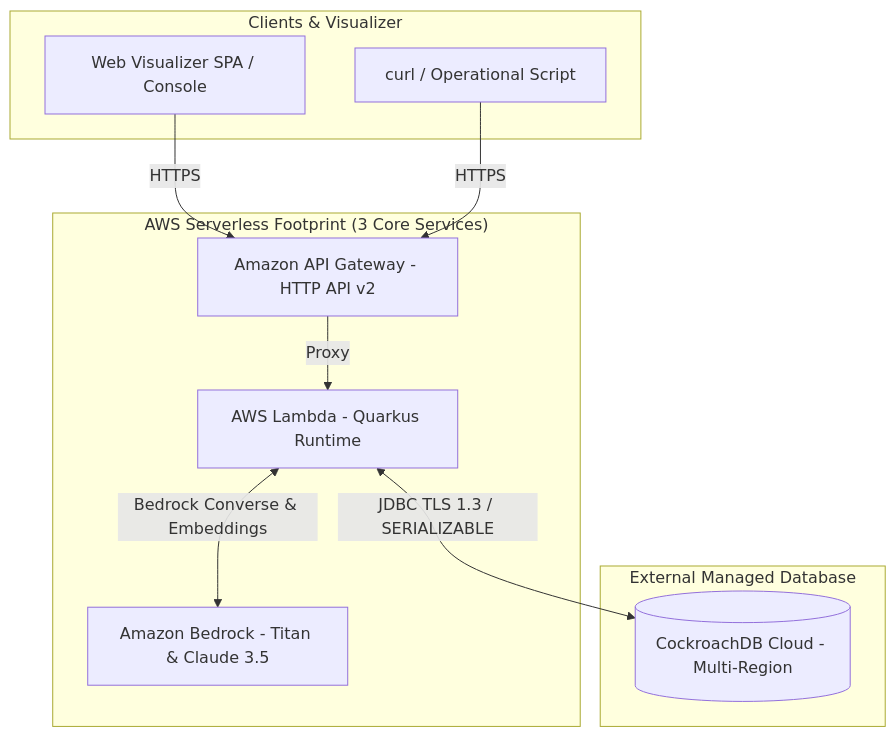
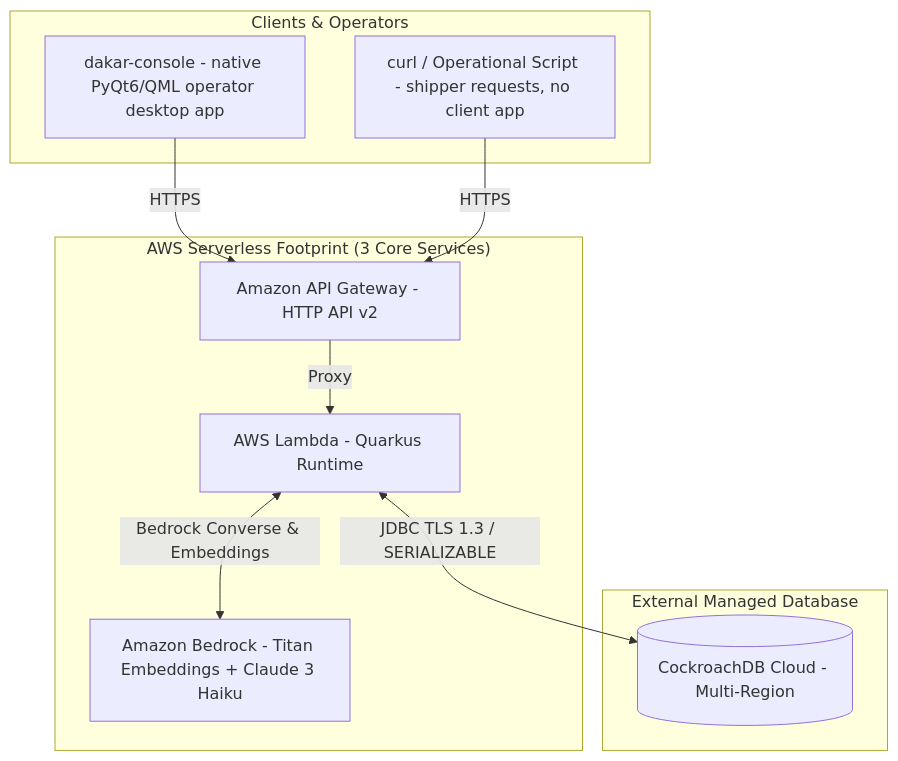
One commit to iohaus/dakar.doc changed the diagram in aws.md. Above: the diagram before and after it, drawn with Mermaid. The commit also changed other lines of this file and 2 other files, not shown here.

````diff
--- a/aws.md
+++ b/aws.md
@@ -28,24 +28,24 @@
 ```mermaid
 flowchart TD
-    subgraph External_Clients ["Clients & Visualizer"]
-        C1[Web Visualizer SPA / Console]
-        C2[curl / Operational Script]
+    subgraph External_Clients ["Clients & Operators"]
+        C1[dakar-console - native PyQt6/QML operator desktop app]
+        C2[curl / Operational Script - shipper requests, no client app]
     end
 
     subgraph AWS ["AWS Serverless Footprint (3 Core Services)"]
         APIGW[Amazon API Gateway - HTTP API v2]
         LAMBDA[AWS Lambda - Quarkus Runtime]
-        BEDROCK[Amazon Bedrock - Titan & Claude 3.5]
+        BEDROCK[Amazon Bedrock - Titan Embeddings + Claude 3 Haiku]
     end
 
     subgraph Database ["External Managed Database"]
         CRDB[(CockroachDB Cloud - Multi-Region)]
     end
 
     C1 -->|HTTPS| APIGW
     C2 -->|HTTPS| APIGW
     APIGW -->|Proxy| LAMBDA
     
     LAMBDA <-->|Bedrock Converse & Embeddings| BEDROCK
     LAMBDA <-->|JDBC TLS 1.3 / SERIALIZABLE| CRDB
 ```
````
